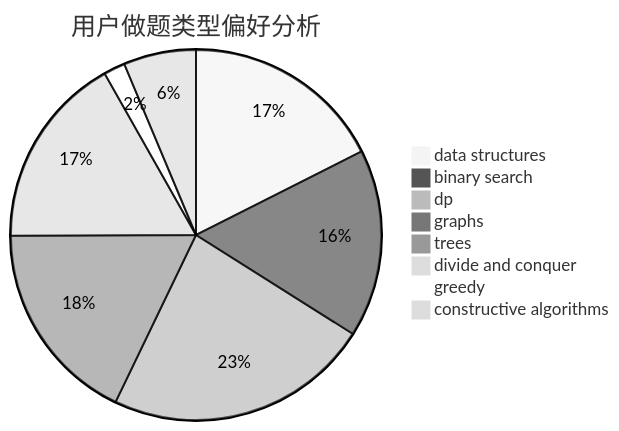
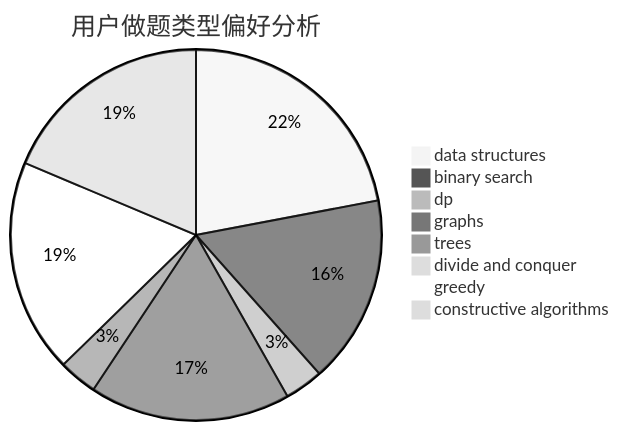
The second of 3 diagrams in docs/user/u1643.md (sherpahu/cfrs.github.io), drawn with Mermaid (neutral theme) before and after one commit. The commit also changed other lines of this file and 2770 other files, not shown here.

````diff
--- a/docs/user/u1643.md
+++ b/docs/user/u1643.md
@@ -23,11 +23,11 @@
 ```mermaid
 pie title 用户做题类型偏好分析
-    "data structures" :  75
-    "binary search" :  70
-    "dp" :  99
-    "graphs" :  4
-    "trees" :  76
-    "divide and conquer" :  72
-    "greedy" :  8
-    "constructive algorithms" :  27
+    "data structures" :  59
+    "binary search" :  44
+    "dp" :  9
+    "graphs" :  47
+    "trees" :  9
+    "divide and conquer" :  1
+    "greedy" :  50
+    "constructive algorithms" :  50
 ```
````
